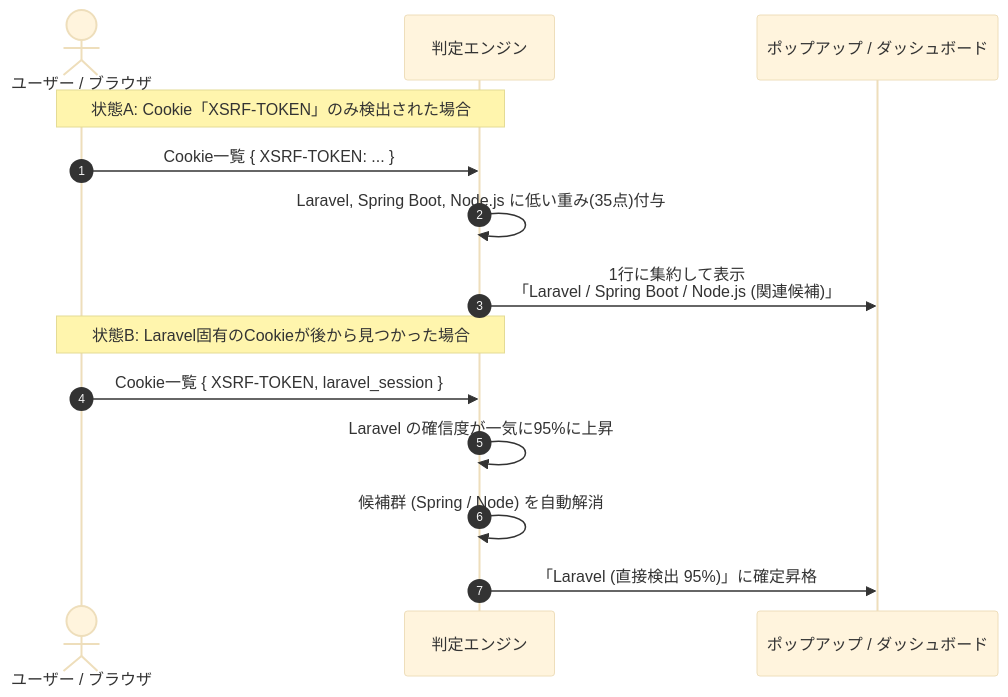
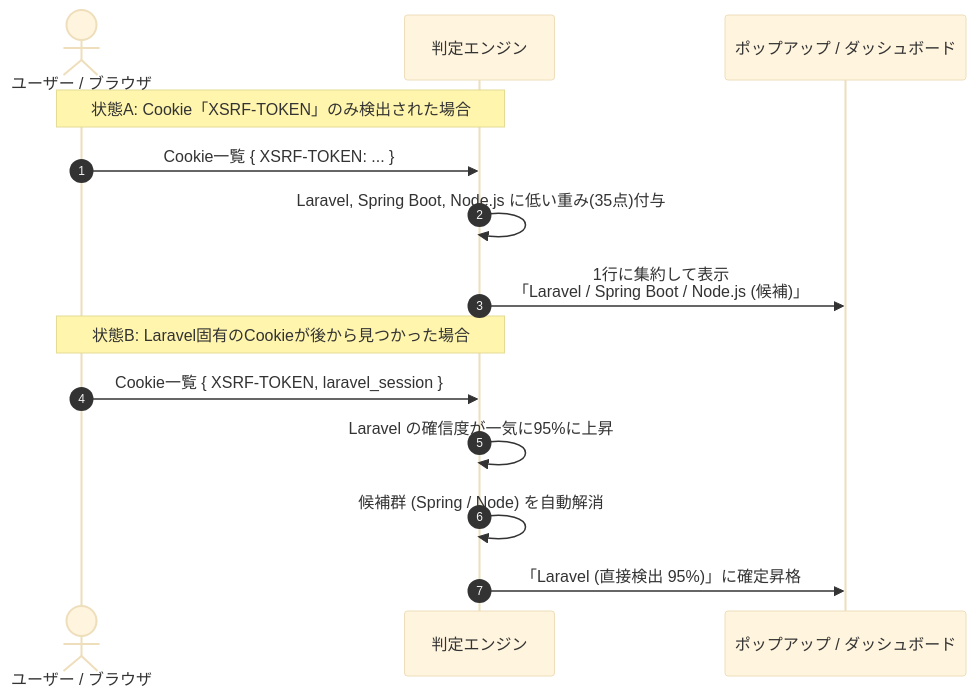
Before and after one commit to moritama/web-inspector: the third of 3 diagrams in docs/DETECTION_SPECIFICATION.md, drawn with Mermaid (base theme). The commit also changed other lines of this file and 9 other files, not shown here.

````diff
--- a/docs/DETECTION_SPECIFICATION.md
+++ b/docs/DETECTION_SPECIFICATION.md
@@ -251,18 +274,18 @@
 ```mermaid
 sequenceDiagram
     autonumber
     actor User as ユーザー / ブラウザ
     participant Engine as 判定エンジン
     participant UI as ポップアップ / ダッシュボード
 
     Note over User,Engine: 状態A: Cookie「XSRF-TOKEN」のみ検出された場合
     User->>Engine: Cookie一覧 { XSRF-TOKEN: ... }
     Engine->>Engine: Laravel, Spring Boot, Node.js に低い重み(35点)付与
-    Engine->>UI: 1行に集約して表示<br/>「Laravel / Spring Boot / Node.js (関連候補)」
+    Engine->>UI: 1行に集約して表示<br/>「Laravel / Spring Boot / Node.js (候補)」
 
     Note over User,Engine: 状態B: Laravel固有のCookieが後から見つかった場合
     User->>Engine: Cookie一覧 { XSRF-TOKEN, laravel_session }
     Engine->>Engine: Laravel の確信度が一気に95%に上昇
     Engine->>Engine: 候補群 (Spring / Node) を自動解消
     Engine->>UI: 「Laravel (直接検出 95%)」に確定昇格
 ```
````
